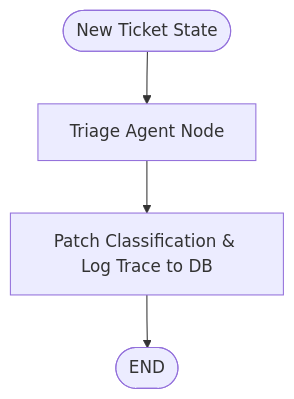
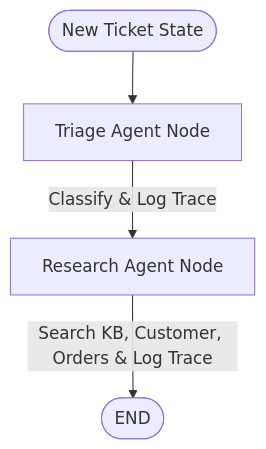
One commit to github-hc/multiagent-ecommerce-support-system changed the diagram in agents/README.md. Above: the diagram before and after it, drawn with Mermaid. The commit also changed other lines of this file and 12 other files, not shown here.

Commit message:
feat: research agent added

````diff
--- a/agents/README.md
+++ b/agents/README.md
@@ -11,14 +11,13 @@
 ```mermaid
 graph TD
     Start([New Ticket State]) --> Triage[Triage Agent Node]
-    Triage --> DB_Update[Patch Classification & Log Trace to DB]
-    DB_Update --> End([END])
+    Triage -->|Classify & Log Trace| Research[Research Agent Node]
+    Research -->|Search KB, Customer, Orders & Log Trace| End([END])
     
     %% Future Steps (4 & 5)
-    %% Triage --> Research[Research Agent]
     %% Research --> Resolution[Resolution Agent]
     %% Resolution --> QA{QA Agent}
     %% QA -- Approved --> End
     %% QA -- Rejected / Retry < 2 --> Resolution
     %% QA -- Rejected / Retry >= 2 --> Escalate[Human Escalation]
 ```
````
